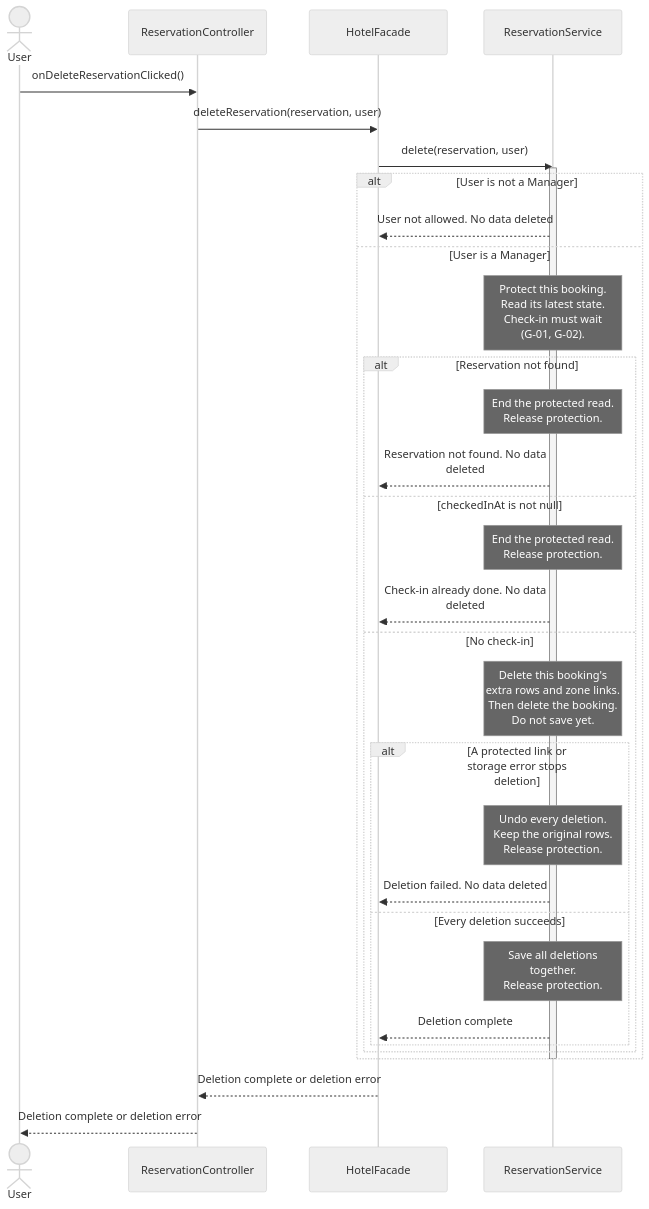
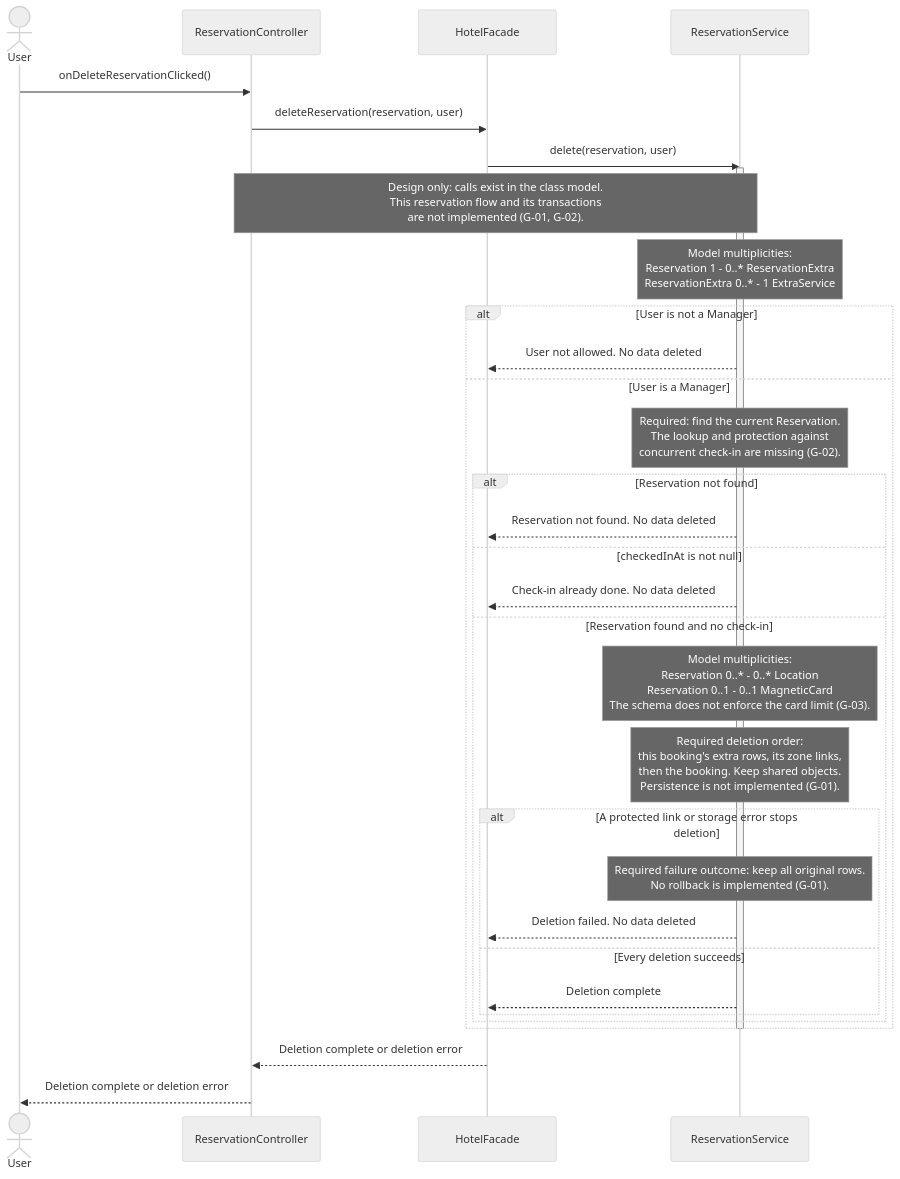
The first of 2 diagrams in docs/uml/sequence-diagrams.md (BorjaTiago/hotel4you), drawn with Mermaid before and after one commit. The commit also changed other lines of this file and 1 other file, not shown here.

Commit message:
H4Y-8 clarify sequence flows and show cardinalities

````diff
--- a/docs/uml/sequence-diagrams.md
+++ b/docs/uml/sequence-diagrams.md
@@ -27,36 +29,36 @@
 ```mermaid
-%%{init: {"theme":"neutral","fontFamily":"Arial","sequence":{"actorFontFamily":"Arial","noteFontFamily":"Arial","messageFontFamily":"Arial","width":200,"wrap":true}}}%%
+%%{init: {"theme":"neutral","fontFamily":"Arial","sequence":{"actorFontFamily":"Arial","noteFontFamily":"Arial","messageFontFamily":"Arial","width":200,"wrap":false}}}%%
 sequenceDiagram
     actor User
     participant RC as ReservationController
     participant F as HotelFacade
     participant RS as ReservationService
     User->>RC: onDeleteReservationClicked()
     RC->>F: deleteReservation(reservation, user)
     F->>RS: delete(reservation, user)
     activate RS
+    Note over RC,RS: Design only: calls exist in the class model.<br/>This reservation flow and its transactions<br/>are not implemented (G-01, G-02).
+    Note over RS: Model multiplicities:<br/>Reservation 1 - 0..* ReservationExtra<br/>ReservationExtra 0..* - 1 ExtraService
     alt User is not a Manager
         RS-->>F: User not allowed. No data deleted
     else User is a Manager
-        Note over RS: Protect this booking.<br/>Read its latest state.<br/>Check-in must wait<br/>(G-01, G-02).
+        Note over RS: Required: find the current Reservation.<br/>The lookup and protection against<br/>concurrent check-in are missing (G-02).
         alt Reservation not found
-            Note over RS: End the protected read.<br/>Release protection.
             RS-->>F: Reservation not found. No data deleted
         else checkedInAt is not null
-            Note over RS: End the protected read.<br/>Release protection.
             RS-->>F: Check-in already done. No data deleted
-        else No check-in
-            Note over RS: Delete this booking's<br/>extra rows and zone links.<br/>Then delete the booking.<br/>Do not save yet.
+        else Reservation found and no check-in
+            Note over RS: Model multiplicities:<br/>Reservation 0..* - 0..* Location<br/>Reservation 0..1 - 0..1 MagneticCard<br/>The schema does not enforce the card limit (G-03).
+            Note over RS: Required deletion order:<br/>this booking's extra rows, its zone links,<br/>then the booking. Keep shared objects.<br/>Persistence is not implemented (G-01).
             alt A protected link or storage error stops deletion
-                Note over RS: Undo every deletion.<br/>Keep the original rows.<br/>Release protection.
+                Note over RS: Required failure outcome: keep all original rows.<br/>No rollback is implemented (G-01).
                 RS-->>F: Deletion failed. No data deleted
             else Every deletion succeeds
-                Note over RS: Save all deletions<br/>together.<br/>Release protection.
                 RS-->>F: Deletion complete
             end
         end
     end
     deactivate RS
     F-->>RC: Deletion complete or deletion error
     RC-->>User: Deletion complete or deletion error
 ```
````
